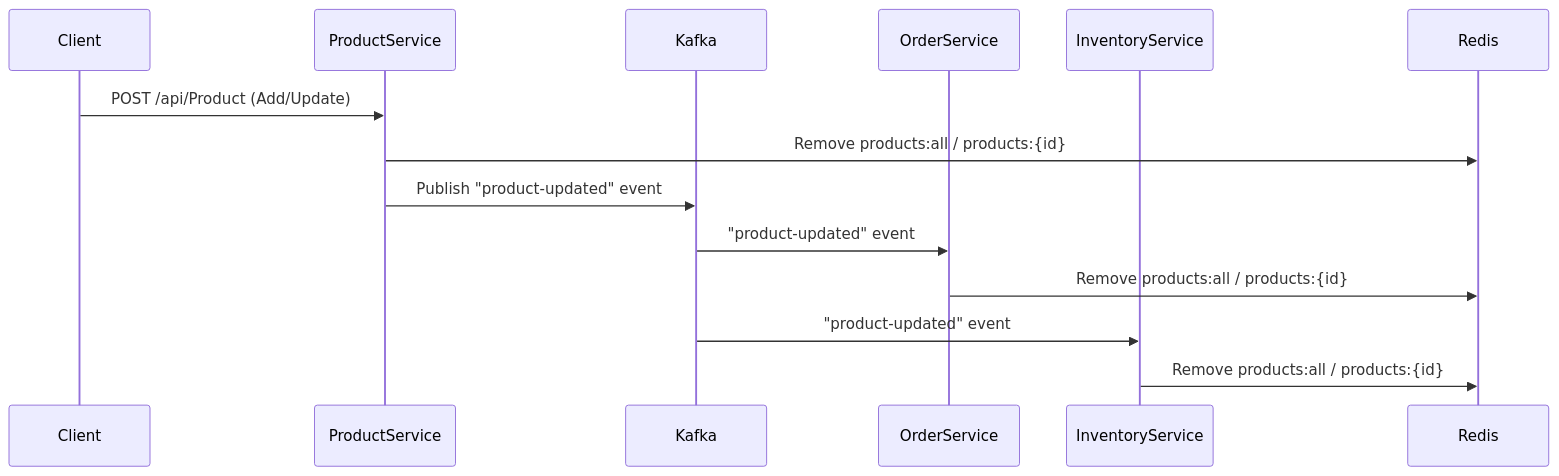
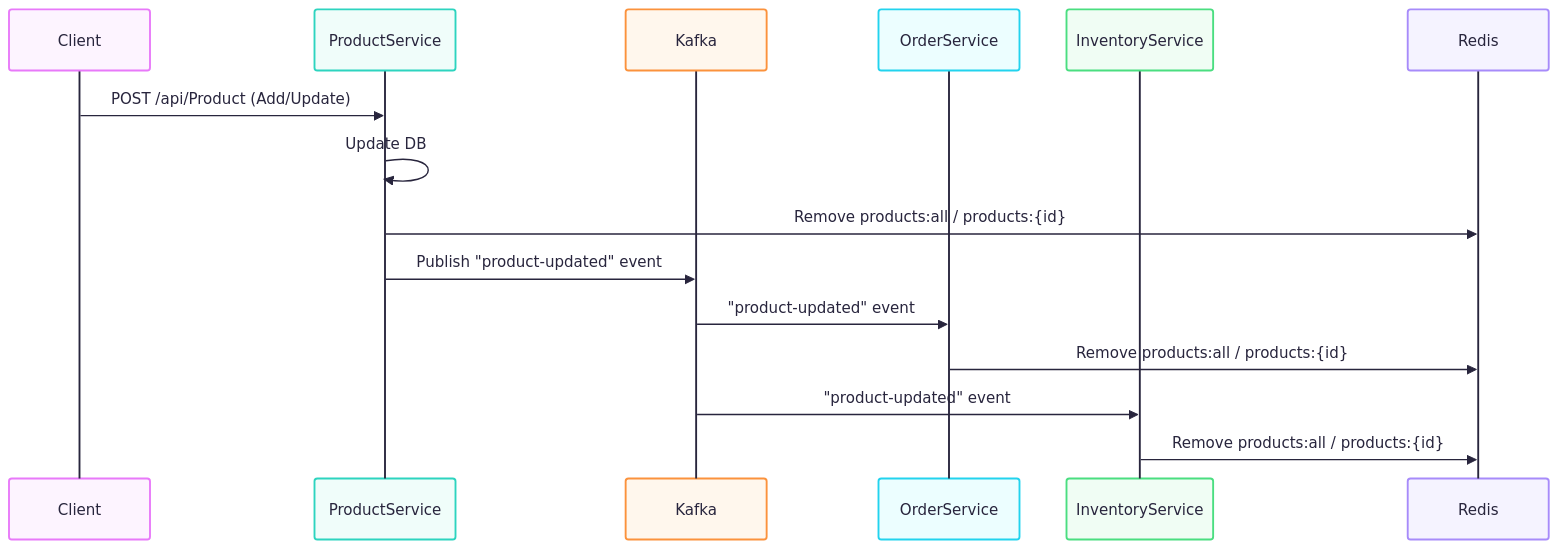
One commit to nuchit2019/microservices-cache-redis-kafka changed the diagram in README.md. Above: the diagram before and after it, drawn with Mermaid.

````diff
--- a/README.md
+++ b/README.md
@@ -217,17 +217,22 @@
 ```mermaid
+---
+config:
+  theme: redux-color
+---
 sequenceDiagram
-    participant Client
-    participant ProductService
-    participant Kafka
-    participant OrderService
-    participant InventoryService
-    participant Redis
+  participant Client as Client
+  participant ProductService as ProductService
+  participant Kafka as Kafka
+  participant OrderService as OrderService
+  participant InventoryService as InventoryService
+  participant Redis as Redis
+  Client ->> ProductService: POST /api/Product (Add/Update)
+  ProductService ->> ProductService: Update DB
+  ProductService ->> Redis: Remove products:all / products:{id}
+  ProductService ->> Kafka: Publish "product-updated" event
+  Kafka ->> OrderService: "product-updated" event
+  OrderService ->> Redis: Remove products:all / products:{id}
+  Kafka ->> InventoryService: "product-updated" event
+  InventoryService ->> Redis: Remove products:all / products:{id}
 
-    Client->>ProductService: POST /api/Product (Add/Update)
-    ProductService->>Redis: Remove products:all / products:{id}
-    ProductService->>Kafka: Publish "product-updated" event
-    Kafka->>OrderService: "product-updated" event
-    OrderService->>Redis: Remove products:all / products:{id}
-    Kafka->>InventoryService: "product-updated" event
-    InventoryService->>Redis: Remove products:all / products:{id}
 ```
````
